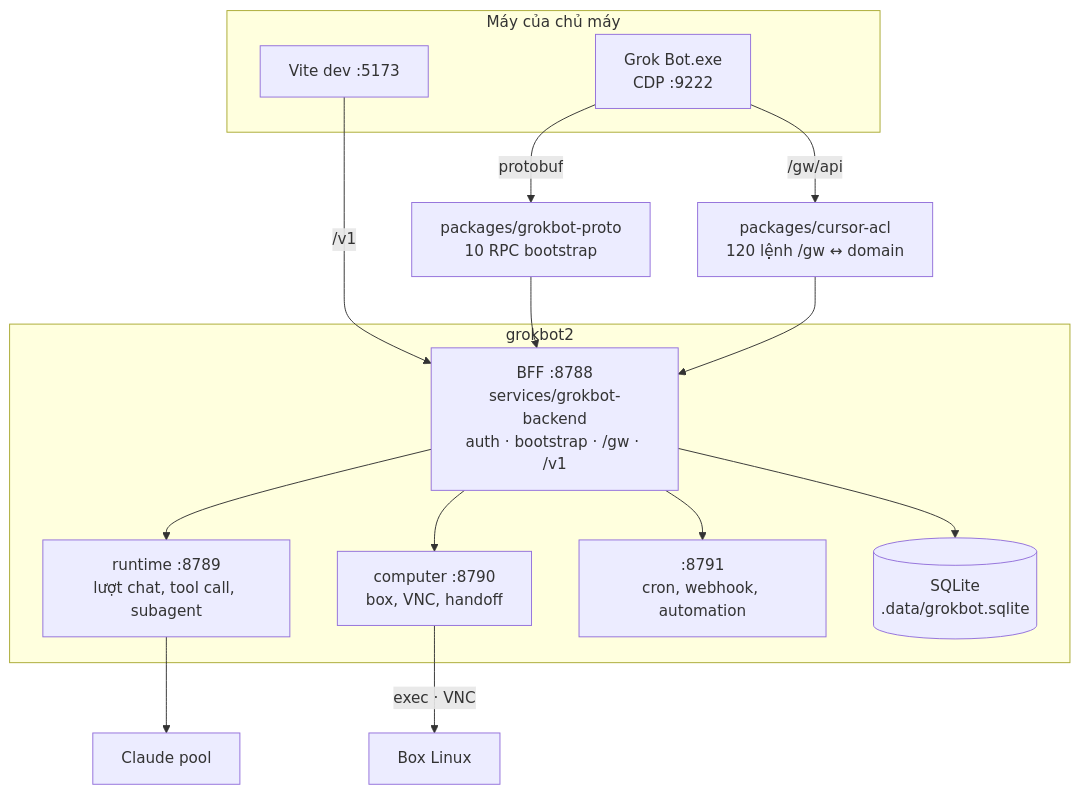
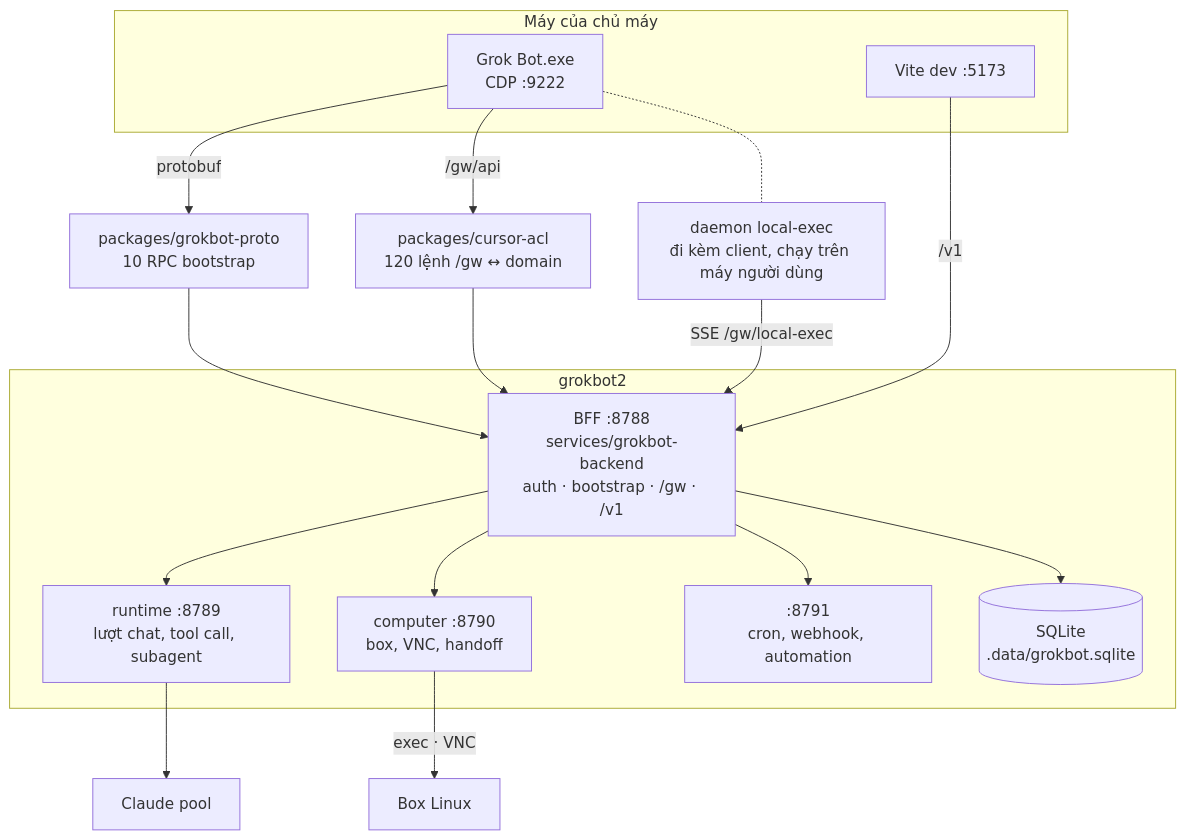
One commit to ThoughtyGift/grokbot2 changed the second of 7 diagrams in docs/architecture.md. Above: the diagram before and after it, drawn with Mermaid. The commit also changed other lines of this file and 1 other file, not shown here.

Commit message:
docs(architecture): sơ đồ triển khai vẽ lại theo máy thật 06/09 (VPS một tiến trình, router box, màn :77, daemon local-exec máy người dùng); tick T2 system-pipeline

````diff
--- a/docs/architecture.md
+++ b/docs/architecture.md
@@ -40,31 +40,35 @@
 ```mermaid
 graph TB
     subgraph client["Máy của chủ máy"]
         app["Grok Bot.exe<br/>CDP :9222"]
         web["Vite dev :5173"]
     end
 
     subgraph gb2["grokbot2"]
         bff["BFF :8788<br/>services/grokbot-backend<br/>auth · bootstrap · /gw · /v1"]
         rt["runtime :8789<br/>lượt chat, tool call, subagent"]
         comp["computer :8790<br/>box, VNC, handoff"]
         ops[":8791<br/>cron, webhook, automation"]
         db[("SQLite<br/>.data/grokbot.sqlite")]
     end
 
     acl["packages/cursor-acl<br/>120 lệnh /gw ↔ domain"]
     proto["packages/grokbot-proto<br/>10 RPC bootstrap"]
     pool["Claude pool"]
 
+    daemon["daemon local-exec<br/>đi kèm client, chạy trên máy người dùng"]
+
     app -->|protobuf| proto
     app -->|"/gw/api"| acl
+    app -.- daemon
+    daemon -->|"SSE /gw/local-exec"| bff
     web -->|"/v1"| bff
     proto --> bff
     acl --> bff
     bff --> rt
     bff --> comp
     bff --> ops
     bff --> db
     rt --> pool
     comp -->|"exec · VNC"| box2["Box Linux"]
 ```
````
